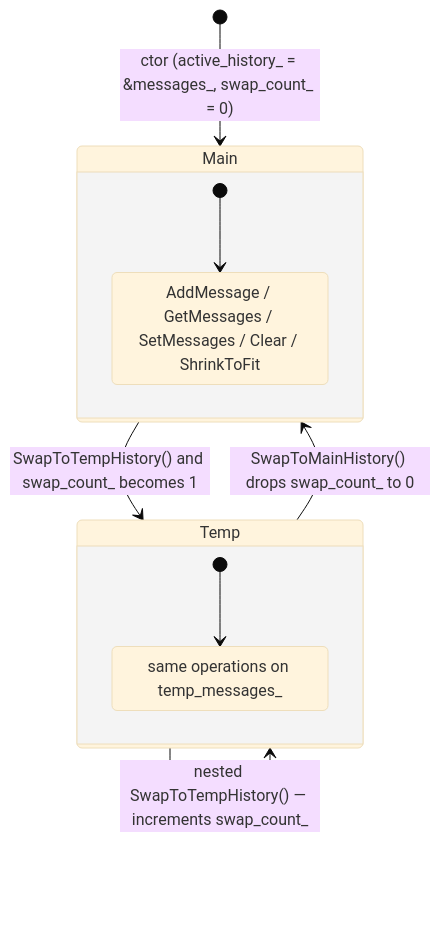
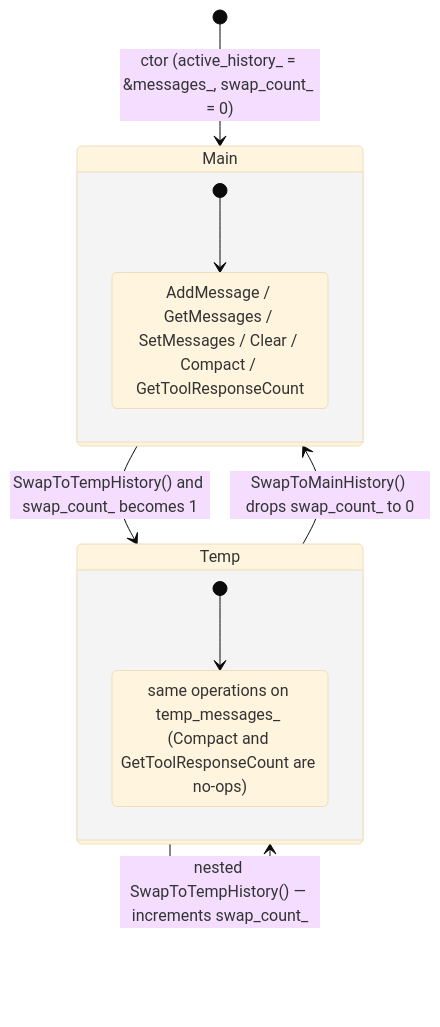
The fourth of 4 diagrams in .agents/summary/data_models.md (eranif/assistant), drawn with Mermaid (base theme) before and after one commit. The commit also changed other lines of this file and 9 other files, not shown here.

````diff
--- a/.agents/summary/data_models.md
+++ b/.agents/summary/data_models.md
@@ -243,15 +284,15 @@
 ```mermaid
 stateDiagram-v2
   [*] --> Main : ctor (active_history_ = &messages_, swap_count_ = 0)
   Main --> Temp : SwapToTempHistory() and swap_count_ becomes 1
   Temp --> Temp : nested SwapToTempHistory() — increments swap_count_
   Temp --> Main : SwapToMainHistory() drops swap_count_ to 0
   state Main {
     [*] --> Active
-    Active : AddMessage / GetMessages / SetMessages / Clear / ShrinkToFit
+    Active : AddMessage / GetMessages / SetMessages / Clear / Compact / GetToolResponseCount
   }
   state Temp {
     [*] --> ActiveT
-    ActiveT : same operations on temp_messages_
+    ActiveT : same operations on temp_messages_ (Compact and GetToolResponseCount are no-ops)
   }
 ```
````
